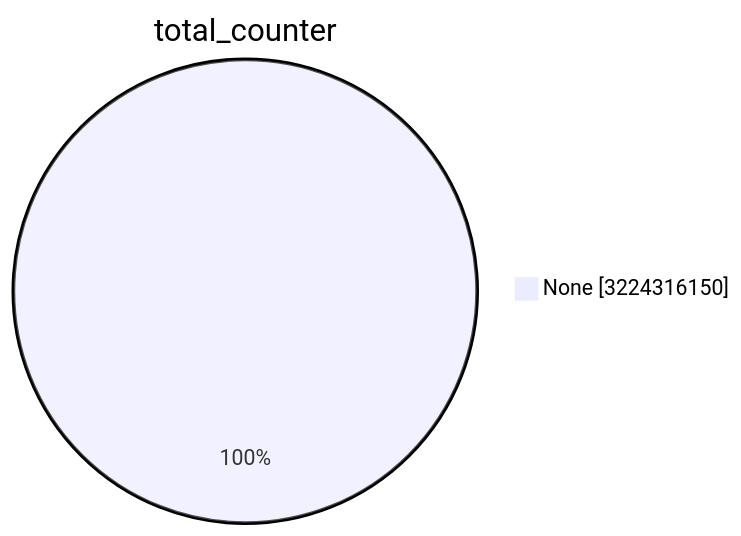
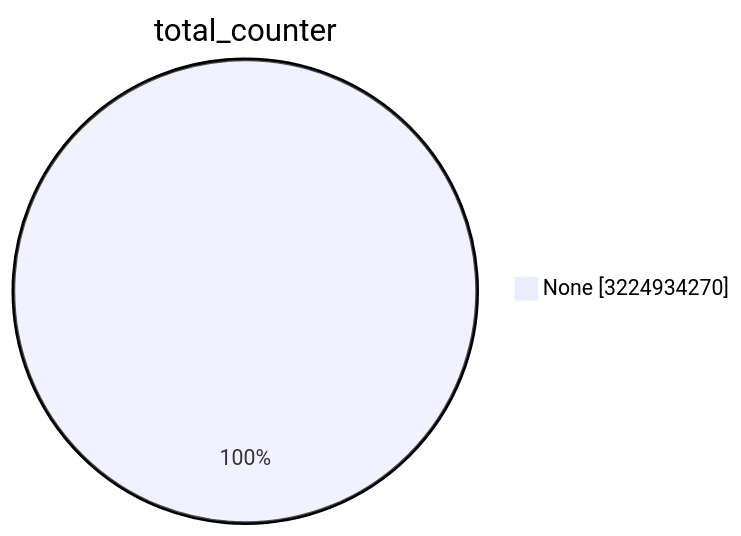
The first of 15 diagrams in TOTAL/README.md (christiankrug/ctmonitor_visualization), drawn with Mermaid before and after one commit. The commit also changed other lines of this file, not shown here.

````diff
--- a/TOTAL/README.md
+++ b/TOTAL/README.md
@@ -1,5 +1,5 @@
 ```mermaid
 pie showData
 title total_counter
-"None" :3224316150
+"None" :3224934270
 ```
````
